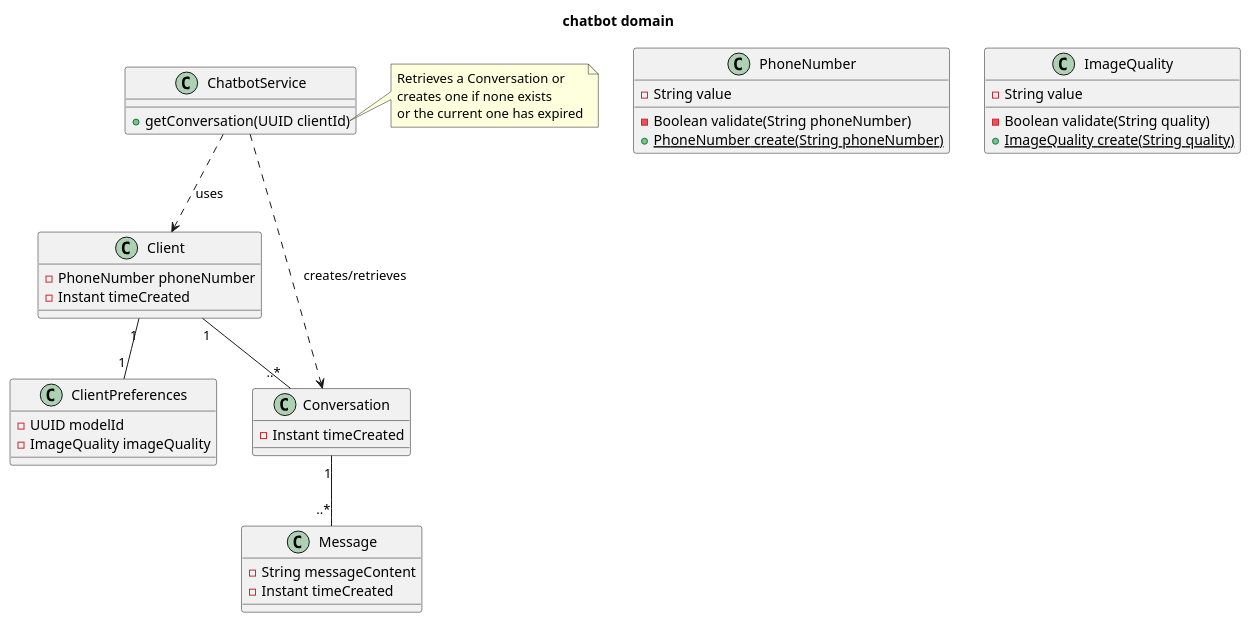
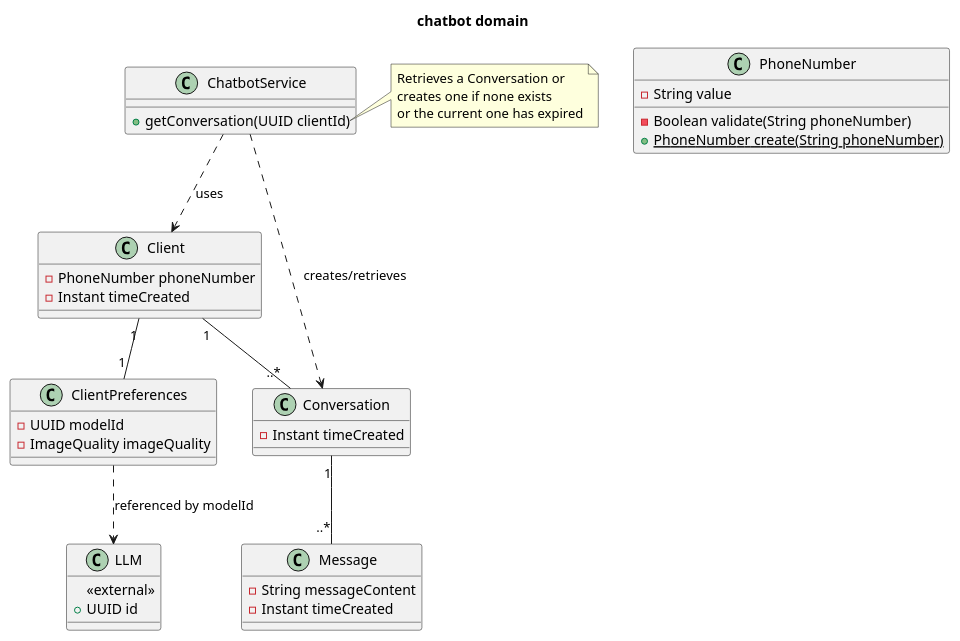
One commit to pondem87/medulla2j changed the diagram in docs/uml/domain-modelling/chatbot-domain.puml. Above: the diagram before and after it, drawn with PlantUML. The commit also changed 6 other files, not shown here.

```diff
--- a/docs/uml/domain-modelling/chatbot-domain.puml
+++ b/docs/uml/domain-modelling/chatbot-domain.puml
@@ -1,57 +1,60 @@
 @startuml
 title chatbot domain
 
 '=== Entities ===
 class Client {
     -PhoneNumber phoneNumber
     -Instant timeCreated
 }
 
 class Conversation {
     -Instant timeCreated
 }
 
 class Message {
     -String messageContent
     -Instant timeCreated
 }
 
 '=== Entities ===
 class ClientPreferences {
     -UUID modelId
     -ImageQuality imageQuality
 }
 
 '=== VALUE OBJECTS ===
 class PhoneNumber {
     -String value
     -Boolean validate(String phoneNumber)
     {static}+PhoneNumber create(String phoneNumber)
 }
 
-class ImageQuality {
-    -String value
-    -Boolean validate(String quality)
-    {static}+ImageQuality create(String quality)
-}
-
 '=== SERVICES ===
 class ChatbotService {
     +getConversation(UUID clientId)
 }
 
 note right of ChatbotService::getConversation
 Retrieves a Conversation or
 creates one if none exists
 or the current one has expired
 end note
 
 '=== ASSOCIATIONS ===
 Client "1" -- "..*" Conversation
 Client "1" -- "1" ClientPreferences
 Conversation "1" -- "..*" Message
 
 ChatbotService ..> Client : uses
 ChatbotService ..> Conversation : creates/retrieves
 
+'=== EXTERNAL REFERENCES ===
+
+class LLM {
+    <<external>>
+    +UUID id
+}
+
+ClientPreferences ..> LLM : referenced by modelId
+
 @enduml
```
